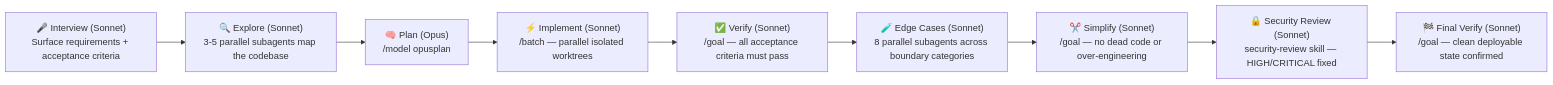
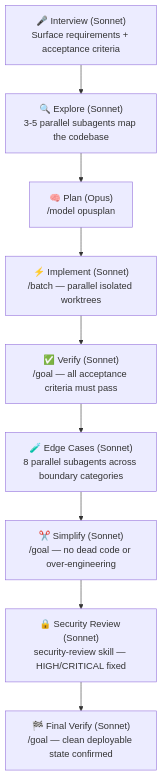
Before and after one commit to amajorai/ship.md: the diagram in README.md, drawn with Mermaid.

Commit message:
Revert mermaid diagram to vertical (TD)

````diff
--- a/README.md
+++ b/README.md
@@ -5,11 +5,11 @@
 ```mermaid
-flowchart LR
+flowchart TD
     A["🎤 Interview (Sonnet)\nSurface requirements + acceptance criteria"] --> B["🔍 Explore (Sonnet)\n3-5 parallel subagents map the codebase"]
     B --> C["🧠 Plan (Opus)\n/model opusplan"]
     C --> D["⚡ Implement (Sonnet)\n/batch — parallel isolated worktrees"]
     D --> E["✅ Verify (Sonnet)\n/goal — all acceptance criteria must pass"]
     E --> F["🧪 Edge Cases (Sonnet)\n8 parallel subagents across boundary categories"]
     F --> G["✂️ Simplify (Sonnet)\n/goal — no dead code or over-engineering"]
     G --> H["🔒 Security Review (Sonnet)\nsecurity-review skill — HIGH/CRITICAL fixed"]
     H --> I["🏁 Final Verify (Sonnet)\n/goal — clean deployable state confirmed"]
 ```
````
